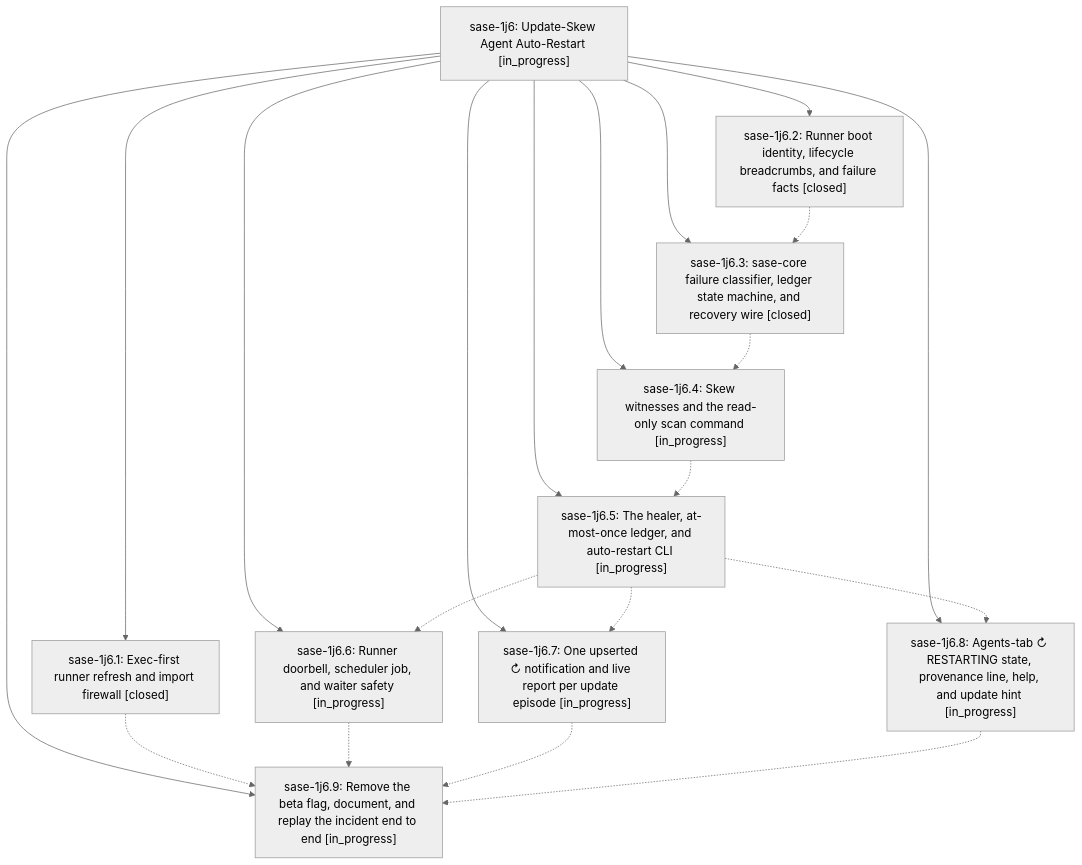
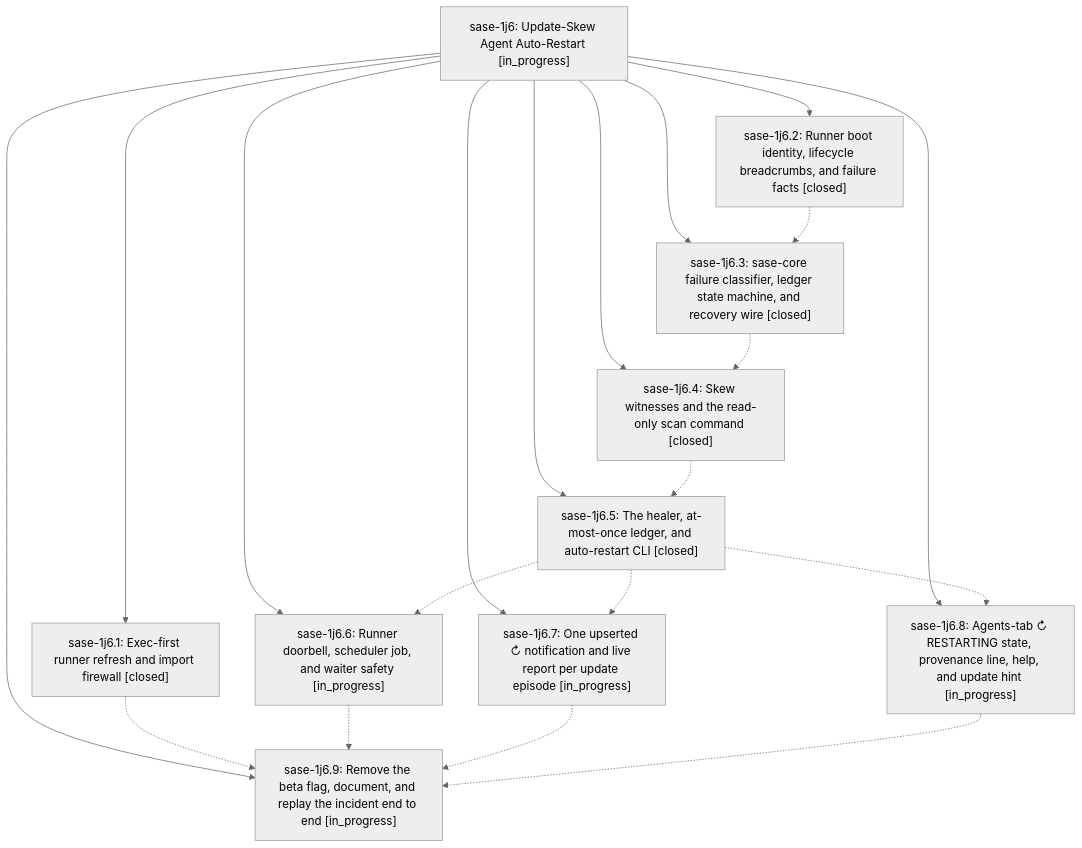
The diagram in pages/sase-1j6/README.md (sase-org/sase--beads), drawn with Mermaid (neutral theme) before and after one commit. The commit also changed other lines of this file and 6 other files, not shown here.

````diff
--- a/pages/sase-1j6/README.md
+++ b/pages/sase-1j6/README.md
@@ -44,32 +44,32 @@
 ```mermaid
 flowchart TD
     n0["sase-1j6: Update-Skew Agent Auto-Restart [in_progress]"]
     n1["sase-1j6.1: Exec-first runner refresh and import firewall [closed]"]
     n2["sase-1j6.2: Runner boot identity, lifecycle breadcrumbs, and failure facts [closed]"]
     n3["sase-1j6.3: sase-core failure classifier, ledger state machine, and recovery wire [closed]"]
-    n4["sase-1j6.4: Skew witnesses and the read-only scan command [in_progress]"]
-    n5["sase-1j6.5: The healer, at-most-once ledger, and auto-restart CLI [in_progress]"]
+    n4["sase-1j6.4: Skew witnesses and the read-only scan command [closed]"]
+    n5["sase-1j6.5: The healer, at-most-once ledger, and auto-restart CLI [closed]"]
     n6["sase-1j6.6: Runner doorbell, scheduler job, and waiter safety [in_progress]"]
     n7["sase-1j6.7: One upserted ↻ notification and live report per update episode [in_progress]"]
     n8["sase-1j6.8: Agents-tab ↻ RESTARTING state, provenance line, help, and update hint [in_progress]"]
     n9["sase-1j6.9: Remove the beta flag, document, and replay the incident end to end [in_progress]"]
     n0 --> n1
     n0 --> n2
     n0 --> n3
     n0 --> n4
     n0 --> n5
     n0 --> n6
     n0 --> n7
     n0 --> n8
     n0 --> n9
     n1 -.-> n9
     n2 -.-> n3
     n3 -.-> n4
     n4 -.-> n5
     n5 -.-> n6
     n5 -.-> n7
     n5 -.-> n8
     n6 -.-> n9
     n7 -.-> n9
     n8 -.-> n9
 ```
````
